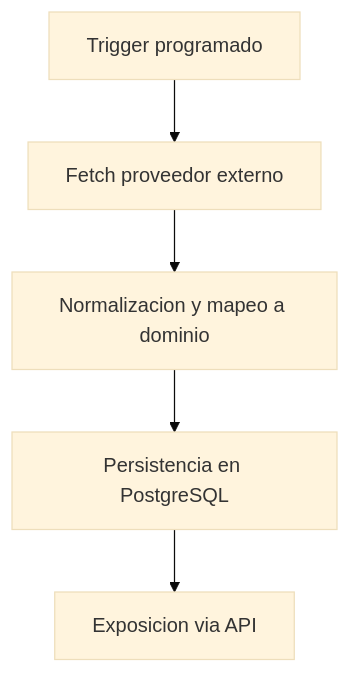
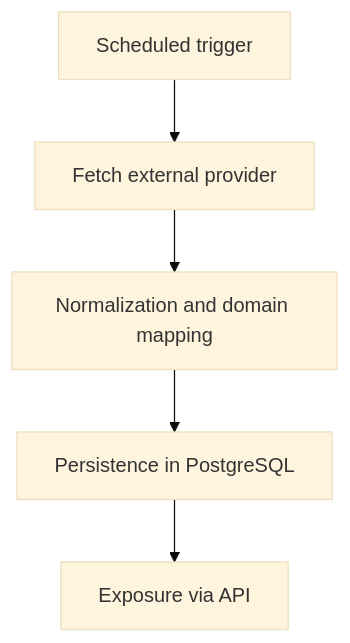
One commit to augursclan/augursclan-overview changed the second of 2 diagrams in README.md. Above: the diagram before and after it, drawn with Mermaid (base theme). The commit also changed other lines of this file, not shown here.

````diff
--- a/README.md
+++ b/README.md
@@ -108,7 +108,8 @@
 ```mermaid
 flowchart TB
-  T[Trigger programado] --> F[Fetch proveedor externo]
-  F --> N[Normalizacion y mapeo a dominio]
-  N --> P[Persistencia en PostgreSQL]
-  P --> E[Exposicion via API]
+  T[Scheduled trigger] --> F[Fetch external provider]
+  F --> N[Normalization and domain mapping]
+  N --> P[Persistence in PostgreSQL]
+  P --> E[Exposure via API]
+
 ```
````
